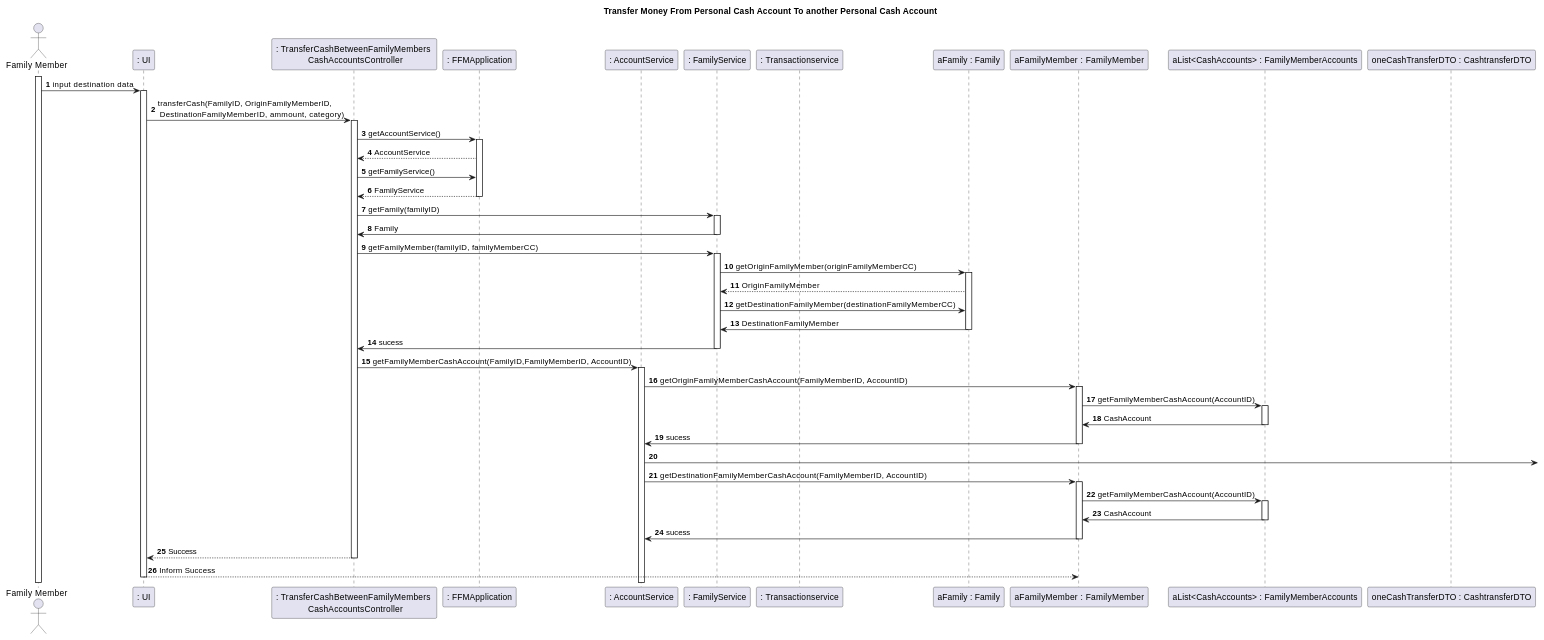
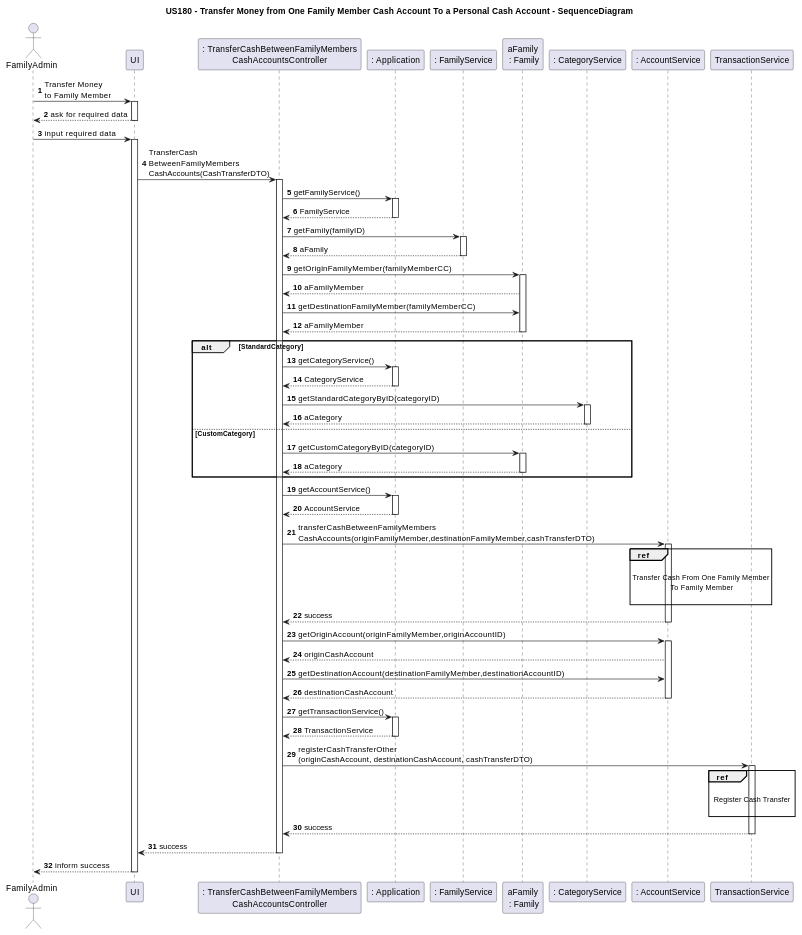
Before and after one commit to tomas-osswald/switch_2020_g3: the third of 6 diagrams in docs/sprint2/user_stories/US180_TransferMoneyFamilyMemberToFamilyMember.md, drawn with PlantUML. The commit also changed other lines of this file and 5 other files, not shown here.

`````diff
--- a/docs/sprint2/user_stories/US180_TransferMoneyFamilyMemberToFamilyMember.md
+++ b/docs/sprint2/user_stories/US180_TransferMoneyFamilyMemberToFamilyMember.md
@@ -110,70 +129,111 @@
 ````puml
+@startuml
+title US180 - Transfer Money from One Family Member Cash Account To a Personal Cash Account - SequenceDiagram
+autonumber
 
-autonumber
-title Transfer Money From Personal Cash Account To another Personal Cash Account
-actor "Family Member" as actor
-participant ": UI" as UI
-participant ": TransferCashBetweenFamilyMembers \n CashAccountsController" as controller
-participant ": FFMApplication" as application
-participant ": AccountService" as aServ
-participant ": FamilyService" as fServ
-participant ": Transactionservice" as tServ
-participant "aFamily : Family" as fam
-participant "aFamilyMember : FamilyMember" as fMember
-participant "aList<CashAccounts> : FamilyMemberAccounts" as cashAccounts
-participant "oneCashTransferDTO : CashtransferDTO" as DTO
+Actor "FamilyAdmin" as Actor
+Participant "UI" as UI
+Participant ": TransferCashBetweenFamilyMembers\nCashAccountsController" as controller
+Participant ": Application" as App
+Participant ": FamilyService" as FamilyService
+Participant "aFamily\n : Family" as Family
+Participant ": CategoryService" as CategoryService
+Participant ": AccountService" as AccountService
 
-activate actor
-actor -> UI: input destination data
+
+Actor -> UI : Transfer Money \nto Family Member
 activate UI
-UI -> controller : transferCash(FamilyID, OriginFamilyMemberID, \n DestinationFamilyMemberID, ammount, category)
+UI --> Actor : ask for required data
+deactivate UI
+
+Actor -> UI : input required data
+activate UI
+UI -> controller : TransferCash\nBetweenFamilyMembers\nCashAccounts(CashTransferDTO)
 activate controller
+controller -> App : getFamilyService()
+activate App
+App --> controller : FamilyService
+deactivate App
 
-controller -> application: getAccountService()
-activate application
-application --> controller: AccountService
-controller -> application: getFamilyService()
-application --> controller: FamilyService
-deactivate application
-controller -> fServ : getFamily(familyID)
-activate fServ
-fServ -> controller : Family
-deactivate fServ
+controller -> FamilyService : getFamily(familyID)
+activate FamilyService
+FamilyService --> controller : aFamily
+deactivate FamilyService
 
-controller -> fServ:getFamilyMember(familyID, familyMemberCC)
+controller -> Family : getOriginFamilyMember(familyMemberCC)
+activate Family
+Family --> controller : aFamilyMember
+controller -> Family : getDestinationFamilyMember(familyMemberCC)
+Family --> controller : aFamilyMember
+deactivate Family
 
-activate fServ
-fServ-> fam: getOriginFamilyMember(originFamilyMemberCC)
-activate fam
-fam --> fServ: OriginFamilyMember
-fServ-> fam: getDestinationFamilyMember(destinationFamilyMemberCC)
-fam -> fServ : DestinationFamilyMember
-deactivate fam
-fServ -> controller : sucess
-deactivate fServ
-controller -> aServ : getFamilyMemberCashAccount(FamilyID,FamilyMemberID, AccountID)
-activate aServ
-aServ ->fMember : getOriginFamilyMemberCashAccount(FamilyMemberID, AccountID)
-activate fMember
-fMember -> cashAccounts : getFamilyMemberCashAccount(AccountID)
-activate cashAccounts
-cashAccounts -> fMember : CashAccount
-deactivate cashAccounts
-fMember -> aServ : sucess
-deactivate fMember
-aServ -> 
-aServ ->fMember : getDestinationFamilyMemberCashAccount(FamilyMemberID, AccountID)
-activate fMember
-fMember -> cashAccounts : getFamilyMemberCashAccount(AccountID)
-activate cashAccounts
-cashAccounts -> fMember : CashAccount
-deactivate cashAccounts
-fMember -> aServ : sucess
-deactivate fMember
-controller --> UI: Success
+alt StandardCategory
+controller -> App : getCategoryService()
+activate App
+App --> controller : CategoryService
+deactivate App
+controller -> CategoryService : getStandardCategoryByID(categoryID)
+activate CategoryService
+CategoryService --> controller : aCategory
+deactivate CategoryService
+
+else CustomCategory
+
+controller -> Family : getCustomCategoryByID(categoryID)
+activate Family
+Family --> controller : aCategory
+deactivate Family
+
+end
+
+controller -> App : getAccountService()
+activate App
+App --> controller : AccountService
+deactivate App
+
+controller -> AccountService : transferCashBetweenFamilyMembers\nCashAccounts(originFamilyMember,destinationFamilyMember,cashTransferDTO)
+activate AccountService
+
+ref over AccountService
+
+Transfer Cash From One Family Member
+ To Family Member
+
+end ref
+
+AccountService --> controller : success
+deactivate AccountService
+
+controller -> AccountService : getOriginAccount(originFamilyMember,originAccountID)
+activate AccountService
+AccountService --> controller : originCashAccount
+controller -> AccountService : getDestinationAccount(destinationFamilyMember,destinationAccountID)
+AccountService --> controller : destinationCashAccount
+deactivate AccountService
+
+controller -> App : getTransactionService()
+activate App
+App --> controller : TransactionService
+deactivate App
+
+controller -> TransactionService : registerCashTransferOther\n(originCashAccount, destinationCashAccount, cashTransferDTO)
+activate TransactionService
+
+ref over TransactionService
+
+Register Cash Transfer
+
+end ref
+
+TransactionService --> controller : success
+deactivate TransactionService
+
+controller --> UI : success
 deactivate controller
-UI --> fMember: Inform Success
+
+UI --> Actor : inform success
 deactivate UI
-deactivate fMember
+
+@enduml
 
 ````
`````
